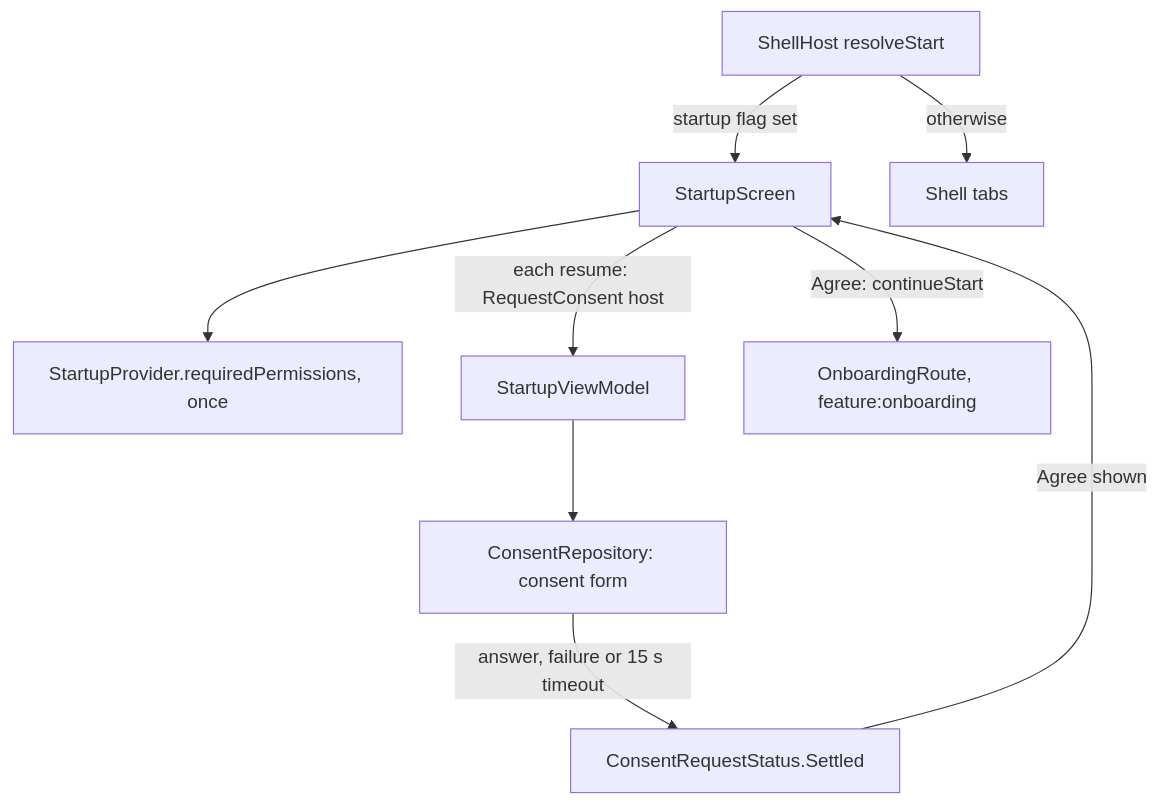
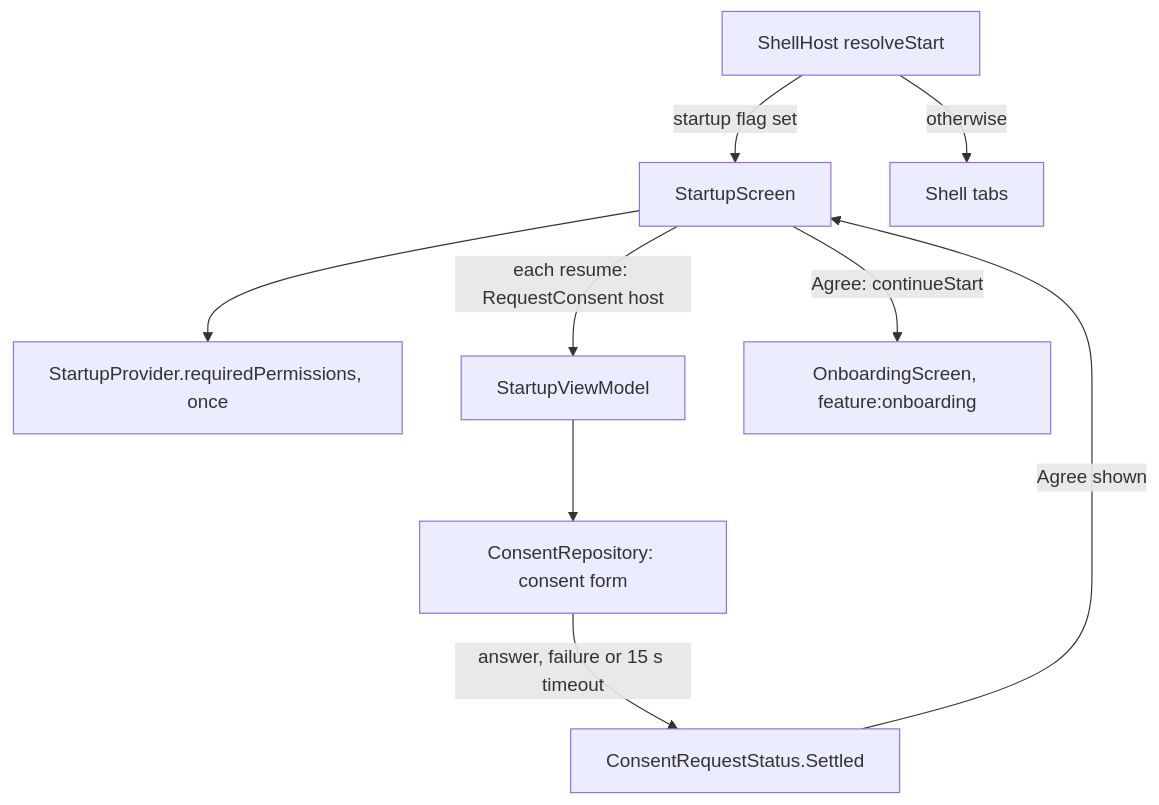
Before and after one commit to MihaiCristianCondrea/App-Toolkit-for-Android: the diagram in library/feature/startup/README.md, drawn with Mermaid. The commit also changed other lines of this file and 125 other files, not shown here.

````diff
--- a/library/feature/startup/README.md
+++ b/library/feature/startup/README.md
@@ -63,11 +62,11 @@
 ```mermaid
 flowchart TD
     Host[ShellHost resolveStart] -->|startup flag set| Startup[StartupScreen]
     Host -->|otherwise| Tabs[Shell tabs]
     Startup --> Permissions[StartupProvider.requiredPermissions, once]
     Startup -->|each resume: RequestConsent host| VM[StartupViewModel]
     VM --> Consent[ConsentRepository: consent form]
     Consent -->|answer, failure or 15 s timeout| Settled[ConsentRequestStatus.Settled]
     Settled -->|Agree shown| Startup
-    Startup -->|Agree: continueStart| Onboarding[OnboardingRoute, feature:onboarding]
+    Startup -->|Agree: continueStart| Onboarding[OnboardingScreen, feature:onboarding]
 ```
````
